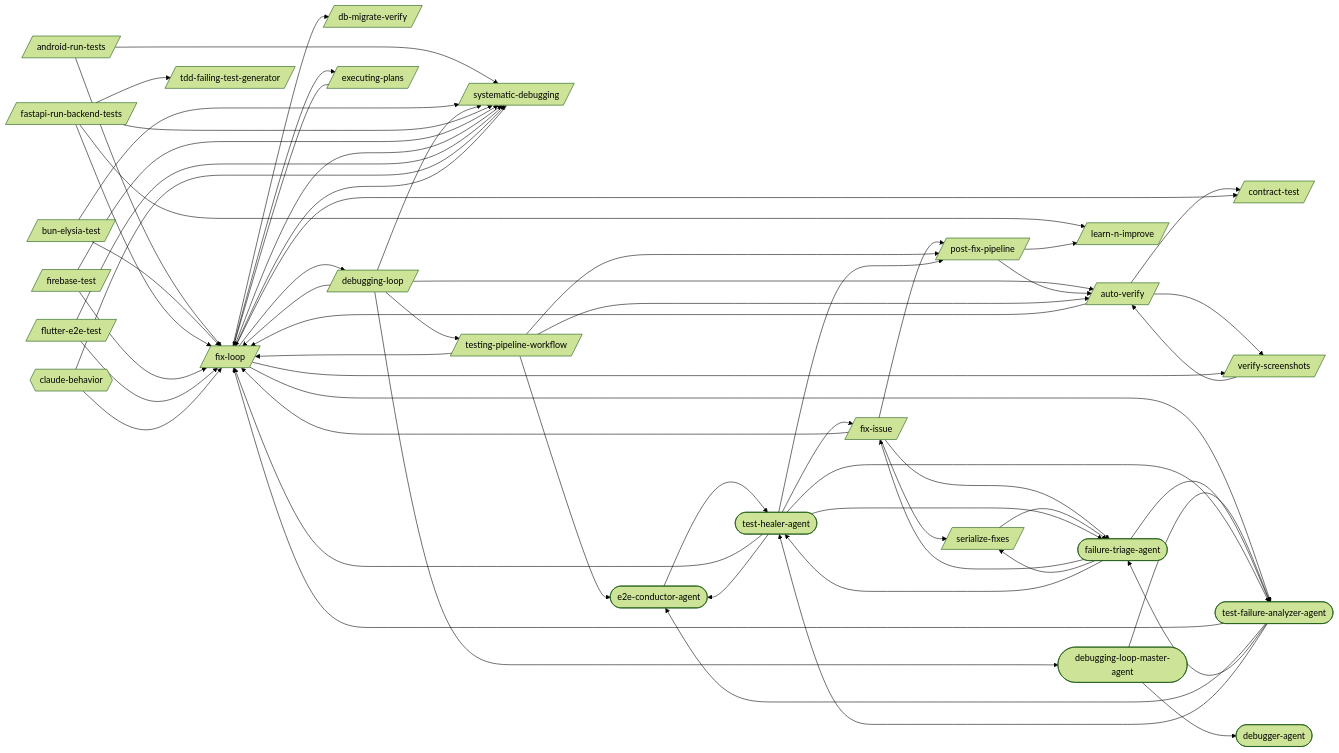
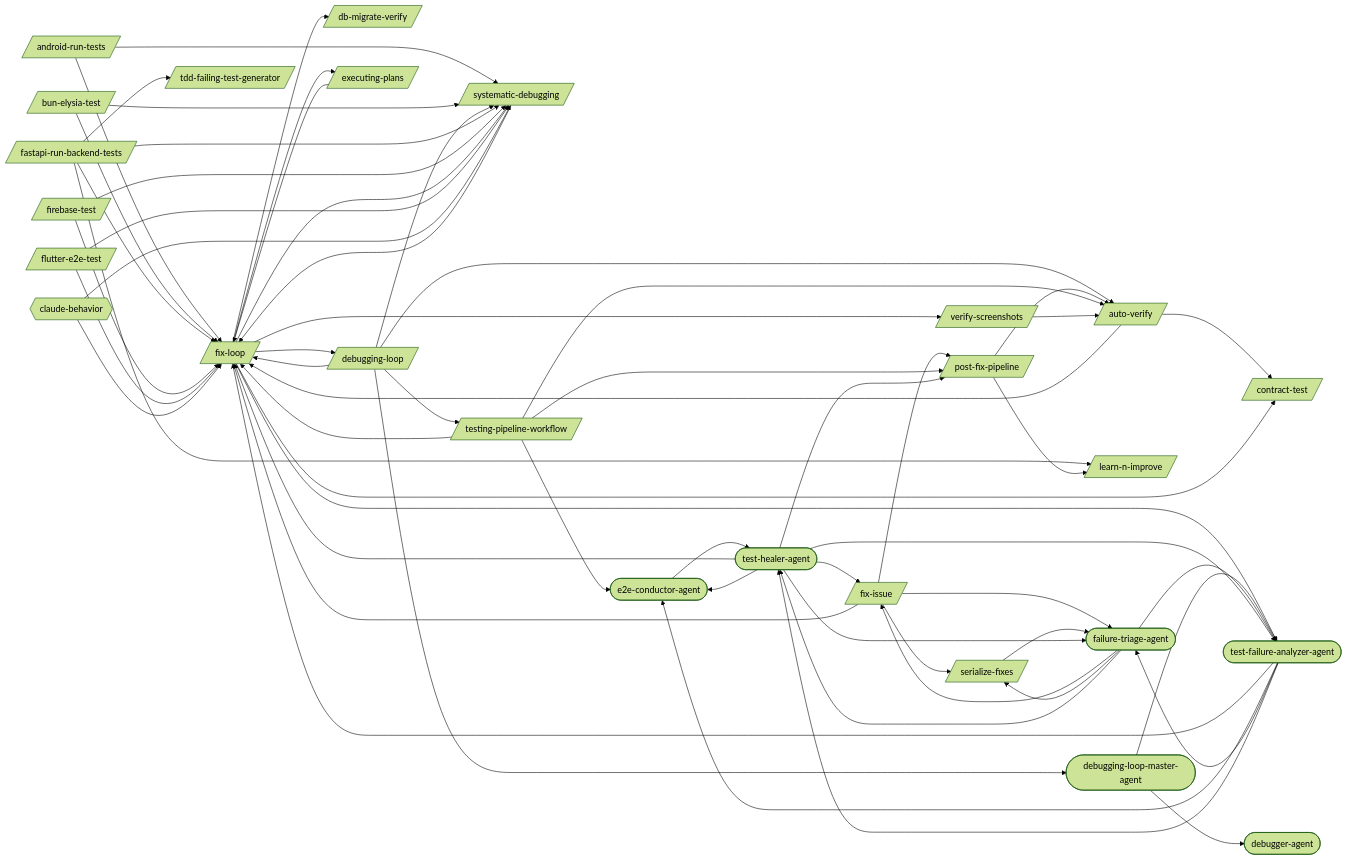
The first of 23 diagrams in docs/workflows/debugging-loop.md (abhayla/claude-best-practices), drawn with Mermaid (forest theme) before and after one commit. The commit also changed other lines of this file and 12 other files, not shown here.

```diff
--- a/docs/workflows/debugging-loop.md
+++ b/docs/workflows/debugging-loop.md
@@ -38,7 +38,6 @@
     android_run_tests --> systematic_debugging
     auto_verify --> contract_test
     auto_verify --> fix_loop
-    auto_verify --> verify_screenshots
     bun_elysia_test --> fix_loop
     bun_elysia_test --> systematic_debugging
     debugging_loop --> auto_verify
```
